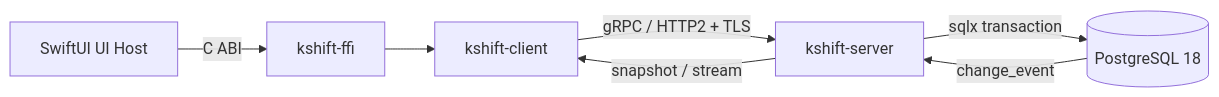
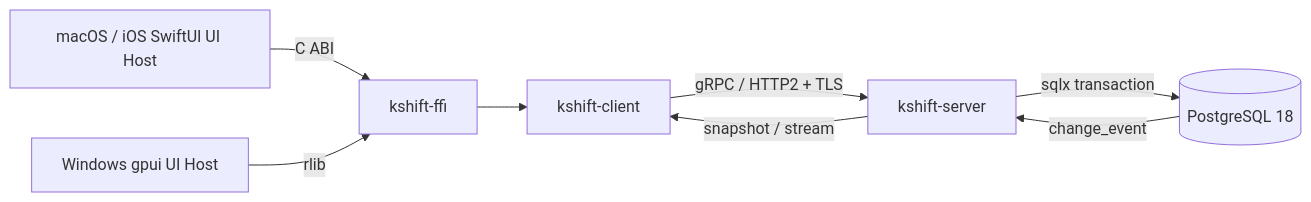
One commit to wyz541/Kshift changed the first of 2 diagrams in docs/specs/architecture.md. Above: the diagram before and after it, drawn with Mermaid. The commit also changed other lines of this file and 4 other files, not shown here.

````diff
--- a/docs/specs/architecture.md
+++ b/docs/specs/architecture.md
@@ -31,9 +31,10 @@
 ```mermaid
 flowchart LR
-  UI["SwiftUI UI Host"] -->|"C ABI"| FFI["kshift-ffi"]
+  UI["macOS / iOS SwiftUI UI Host"] -->|"C ABI"| FFI["kshift-ffi"]
+  WIN["Windows gpui UI Host"] -->|"rlib"| FFI
   FFI --> CL["kshift-client"]
   CL -->|"gRPC / HTTP2 + TLS"| SV["kshift-server"]
   SV -->|"sqlx transaction"| DB[("PostgreSQL 18")]
   DB -->|"change_event"| SV
   SV -->|"snapshot / stream"| CL
 ```
````
